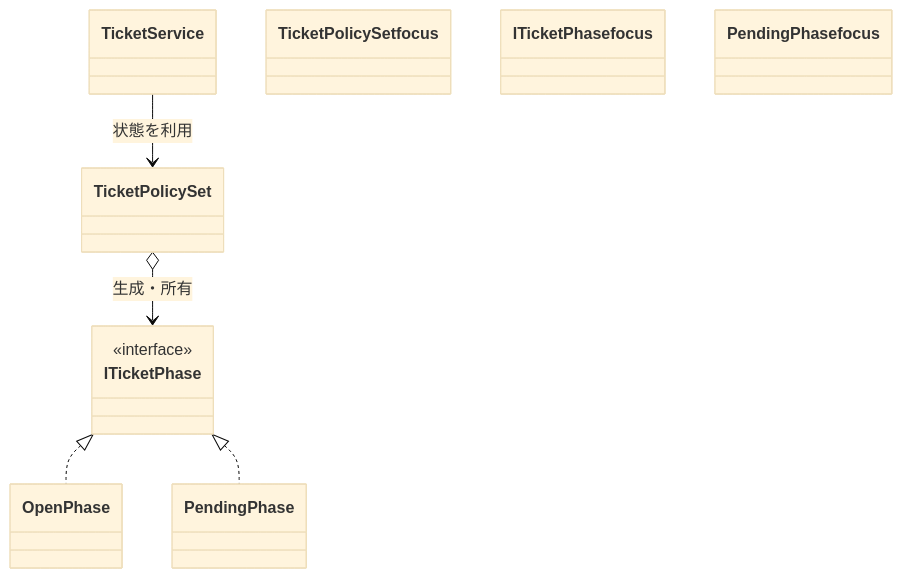
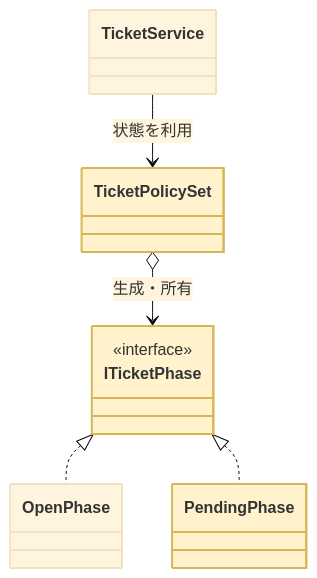
The eighth of 20 diagrams in kindle/design-patterns/output/chapter09_2.md (kumachan1101-pixel/DesignPattern), drawn with Mermaid (base theme) before and after one commit. The commit also changed other lines of this file and 15 other files, not shown here.

First line of the commit message:
全章classDiagram: phantom浮きクラスを生む着色構文 class X focus を :::focus へ修正（103箇所）

````diff
--- a/kindle/design-patterns/output/chapter09_2.md
+++ b/kindle/design-patterns/output/chapter09_2.md
@@ -1270,16 +1270,16 @@
 ```mermaid
 classDiagram
     class TicketService
     class TicketPolicySet
     class ITicketPhase { <<interface>> }
     class OpenPhase
     class PendingPhase
     TicketService --> TicketPolicySet : 状態を利用
     TicketPolicySet o--> ITicketPhase : 生成・所有
     ITicketPhase <|.. OpenPhase
     ITicketPhase <|.. PendingPhase
-    class TicketPolicySet focus
-    class ITicketPhase focus
-    class PendingPhase focus
+    class TicketPolicySet:::focus
+    class ITicketPhase:::focus
+    class PendingPhase:::focus
     classDef focus fill:#FFF2CC,stroke:#D6B656,stroke-width:2px
 ```
````
